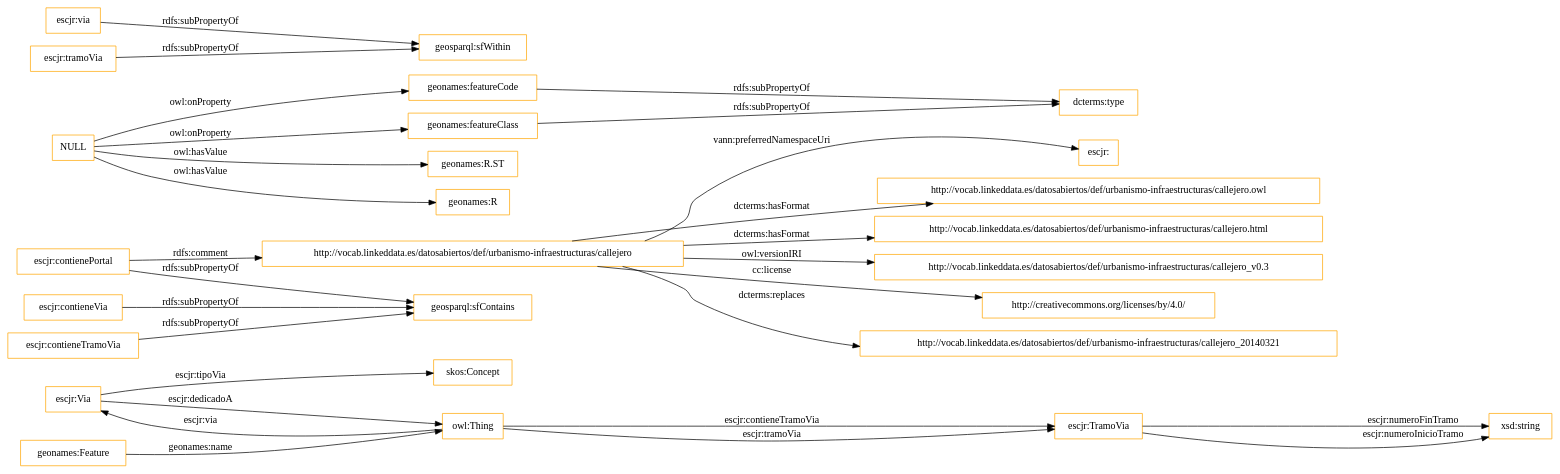
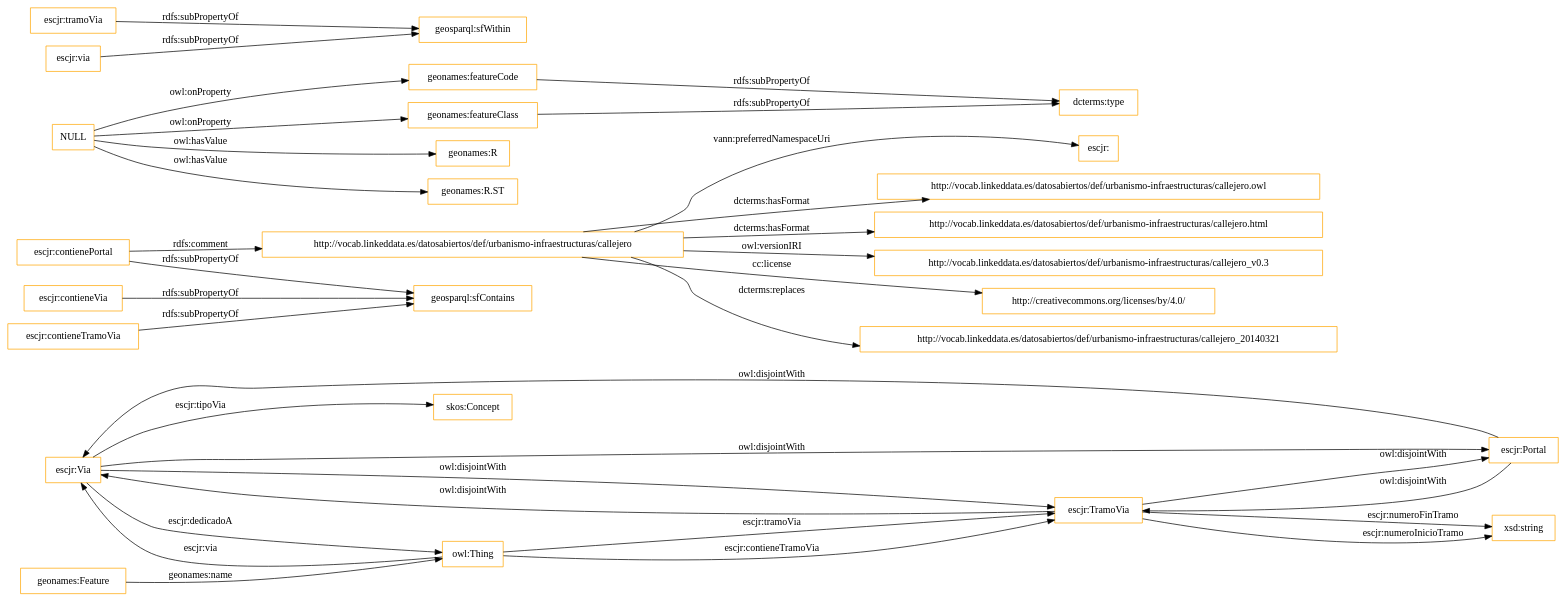
The diagram in OnToology/callejero.owl/diagrams/ar2dtool-class/callejero.owl.png.dot (opencitydata/urbanismo-infraestructuras-callejero), drawn with Graphviz before and after one commit. The commit also changed 9 other files, not shown here.

```diff
--- a/OnToology/callejero.owl/diagrams/ar2dtool-class/callejero.owl.png.dot
+++ b/OnToology/callejero.owl/diagrams/ar2dtool-class/callejero.owl.png.dot
@@ -1,32 +1,38 @@
 digraph ar2dtool_diagram { 
 rankdir=LR;
 size="1501"
-node [shape = rectangle, color="orange"]; "skos:Concept" "geonames:Feature" "escjr:Via" "escjr:TramoVia" ; /*classes style*/
+node [shape = rectangle, color="orange"]; "skos:Concept" "geonames:Feature" "escjr:Via" "escjr:TramoVia" "escjr:Portal" ; /*classes style*/
+	"escjr:contienePortal" -> "geosparql:sfContains" [ label = "rdfs:subPropertyOf" ];
+	"escjr:contienePortal" -> "http://vocab.linkeddata.es/datosabiertos/def/urbanismo-infraestructuras/callejero" [ label = "rdfs:comment" ];
 	"http://vocab.linkeddata.es/datosabiertos/def/urbanismo-infraestructuras/callejero" -> "escjr:" [ label = "vann:preferredNamespaceUri" ];
 	"http://vocab.linkeddata.es/datosabiertos/def/urbanismo-infraestructuras/callejero" -> "http://vocab.linkeddata.es/datosabiertos/def/urbanismo-infraestructuras/callejero.owl" [ label = "dcterms:hasFormat" ];
 	"http://vocab.linkeddata.es/datosabiertos/def/urbanismo-infraestructuras/callejero" -> "http://vocab.linkeddata.es/datosabiertos/def/urbanismo-infraestructuras/callejero.html" [ label = "dcterms:hasFormat" ];
 	"http://vocab.linkeddata.es/datosabiertos/def/urbanismo-infraestructuras/callejero" -> "http://vocab.linkeddata.es/datosabiertos/def/urbanismo-infraestructuras/callejero_v0.3" [ label = "owl:versionIRI" ];
 	"http://vocab.linkeddata.es/datosabiertos/def/urbanismo-infraestructuras/callejero" -> "http://creativecommons.org/licenses/by/4.0/" [ label = "cc:license" ];
 	"http://vocab.linkeddata.es/datosabiertos/def/urbanismo-infraestructuras/callejero" -> "http://vocab.linkeddata.es/datosabiertos/def/urbanismo-infraestructuras/callejero_20140321" [ label = "dcterms:replaces" ];
-	"escjr:contienePortal" -> "geosparql:sfContains" [ label = "rdfs:subPropertyOf" ];
-	"escjr:contienePortal" -> "http://vocab.linkeddata.es/datosabiertos/def/urbanismo-infraestructuras/callejero" [ label = "rdfs:comment" ];
+	"escjr:Portal" -> "escjr:Via" [ label = "owl:disjointWith" ];
+	"escjr:Portal" -> "escjr:TramoVia" [ label = "owl:disjointWith" ];
+	"escjr:TramoVia" -> "escjr:Via" [ label = "owl:disjointWith" ];
+	"escjr:TramoVia" -> "escjr:Portal" [ label = "owl:disjointWith" ];
+	"geonames:featureCode" -> "dcterms:type" [ label = "rdfs:subPropertyOf" ];
 	"escjr:contieneVia" -> "geosparql:sfContains" [ label = "rdfs:subPropertyOf" ];
-	"geonames:featureCode" -> "dcterms:type" [ label = "rdfs:subPropertyOf" ];
 	"geonames:featureClass" -> "dcterms:type" [ label = "rdfs:subPropertyOf" ];
+	"escjr:Via" -> "escjr:Portal" [ label = "owl:disjointWith" ];
+	"escjr:Via" -> "escjr:TramoVia" [ label = "owl:disjointWith" ];
+	"escjr:tramoVia" -> "geosparql:sfWithin" [ label = "rdfs:subPropertyOf" ];
 	"escjr:via" -> "geosparql:sfWithin" [ label = "rdfs:subPropertyOf" ];
-	"escjr:tramoVia" -> "geosparql:sfWithin" [ label = "rdfs:subPropertyOf" ];
 	"escjr:contieneTramoVia" -> "geosparql:sfContains" [ label = "rdfs:subPropertyOf" ];
+	"NULL" -> "geonames:R" [ label = "owl:hasValue" ];
+	"NULL" -> "geonames:featureClass" [ label = "owl:onProperty" ];
 	"NULL" -> "geonames:R.ST" [ label = "owl:hasValue" ];
 	"NULL" -> "geonames:featureCode" [ label = "owl:onProperty" ];
-	"NULL" -> "geonames:R" [ label = "owl:hasValue" ];
-	"NULL" -> "geonames:featureClass" [ label = "owl:onProperty" ];
 	"escjr:TramoVia" -> "xsd:string" [ label = "escjr:numeroFinTramo" ];
 	"owl:Thing" -> "escjr:TramoVia" [ label = "escjr:contieneTramoVia" ];
 	"escjr:TramoVia" -> "xsd:string" [ label = "escjr:numeroInicioTramo" ];
 	"geonames:Feature" -> "owl:Thing" [ label = "geonames:name" ];
 	"escjr:Via" -> "skos:Concept" [ label = "escjr:tipoVia" ];
 	"owl:Thing" -> "escjr:Via" [ label = "escjr:via" ];
 	"owl:Thing" -> "escjr:TramoVia" [ label = "escjr:tramoVia" ];
 	"escjr:Via" -> "owl:Thing" [ label = "escjr:dedicadoA" ];
 
 }
```
